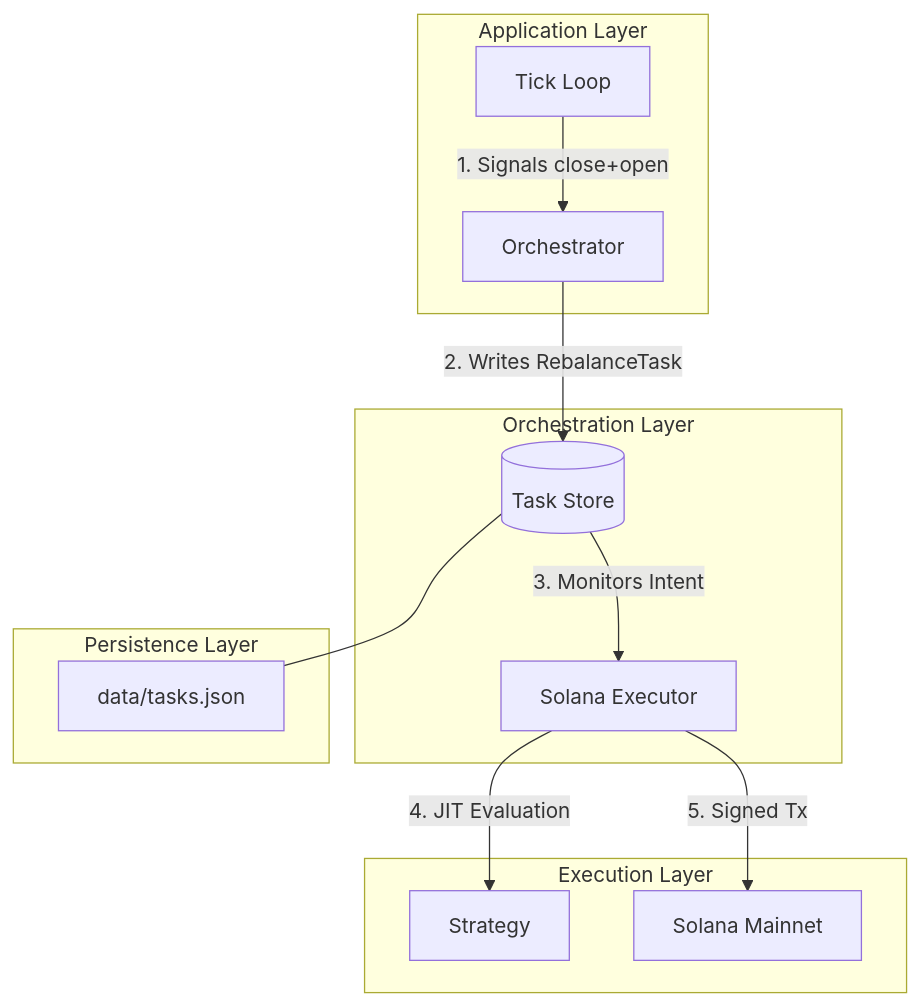
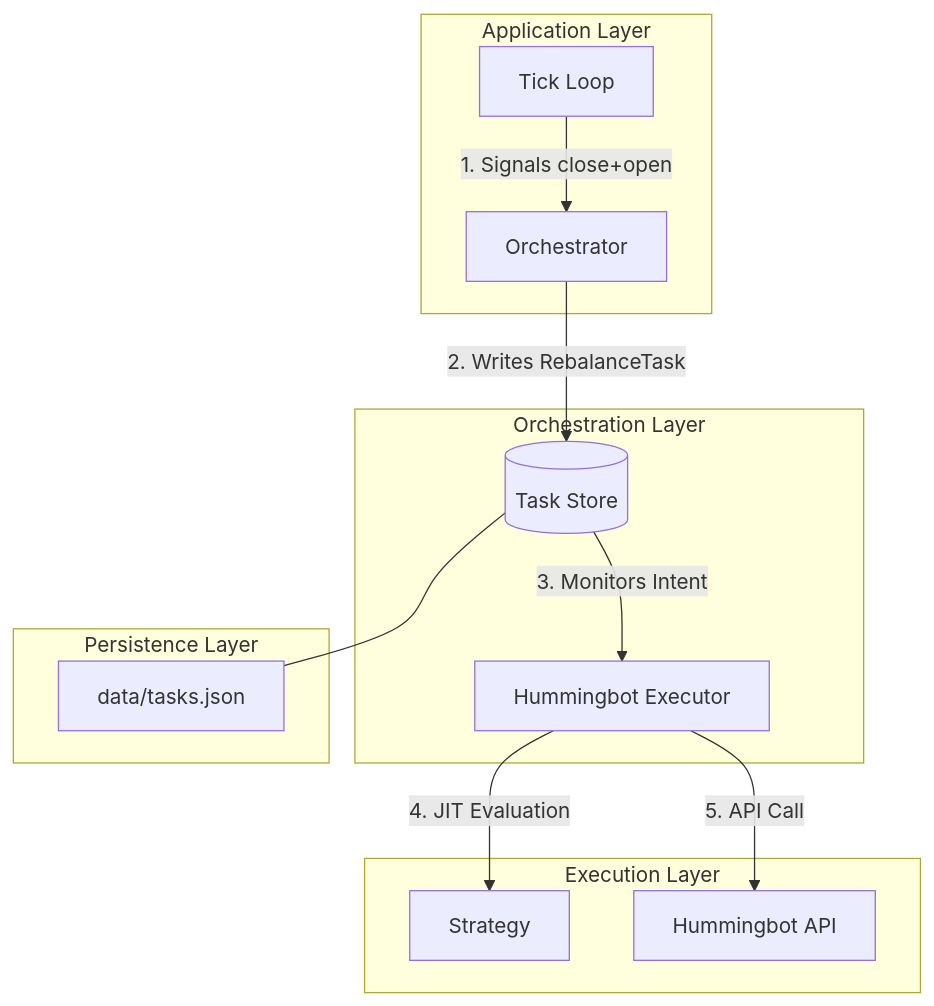
Before and after one commit to romankurnovskii/aria-vega-market-maker: the first of 4 diagrams in docs/ARCHITECTURE.md, drawn with Mermaid. The commit also changed other lines of this file and 1 other file, not shown here.

Commit message:
docs: update architecture and start-here documentation

````diff
--- a/docs/ARCHITECTURE.md
+++ b/docs/ARCHITECTURE.md
@@ -25,20 +18,20 @@
 ```mermaid
 graph TD
     subgraph Application_Layer [Application Layer]
         TL[Tick Loop] --> |"1. Signals close+open"| OR[Orchestrator]
     end
 
     subgraph Orchestration_Layer [Orchestration Layer]
         OR --> |"2. Writes RebalanceTask"| TS[(Task Store)]
-        TS --> |"3. Monitors Intent"| EX[Solana Executor]
+        TS --> |"3. Monitors Intent"| EX[Hummingbot Executor]
     end
 
     subgraph Persistence_Layer [Persistence Layer]
         TS --- JF[data/tasks.json]
     end
 
     subgraph Execution_Layer [Execution Layer]
         EX --> |"4. JIT Evaluation"| ST[Strategy]
-        EX --> |"5. Signed Tx"| RPC[Solana Mainnet]
+        EX --> |"5. API Call"| RPC[Hummingbot API]
     end
 ```
````
